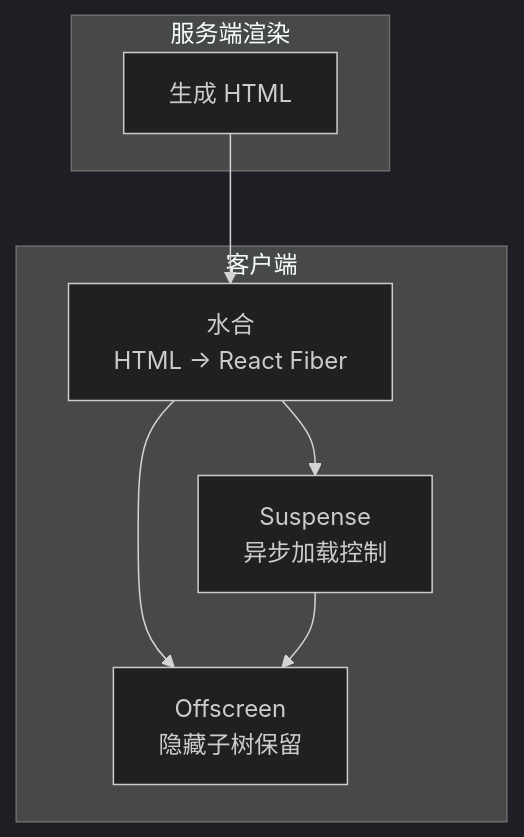
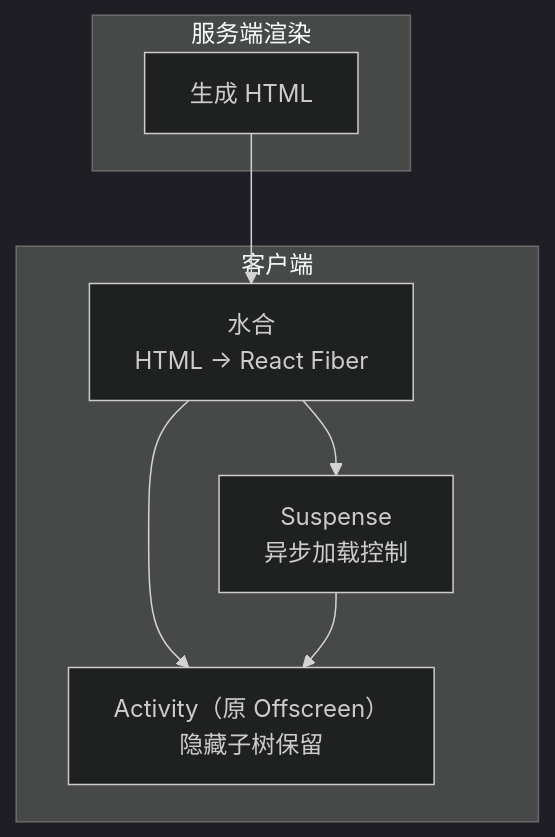
The second of 2 diagrams in apps/docs/frameworks/react/advanced/core-design/suspenseOffscreenHydration.md (sentibeitaokong/CoreFront-EndConcepts), drawn with Mermaid (dark theme) before and after one commit. The commit also changed other lines of this file and 15 other files, not shown here.

````diff
--- a/apps/docs/frameworks/react/advanced/core-design/suspenseOffscreenHydration.md
+++ b/apps/docs/frameworks/react/advanced/core-design/suspenseOffscreenHydration.md
@@ -283,17 +289,17 @@
 ```mermaid
 flowchart TD
     subgraph SSR[服务端渲染]
         HTML[生成 HTML]
     end
 
     subgraph Client[客户端]
         Hydration[水合<br/>HTML → React Fiber]
         Suspense[Suspense<br/>异步加载控制]
-        Offscreen[Offscreen<br/>隐藏子树保留]
+        Activity[Activity（原 Offscreen）<br/>隐藏子树保留]
     end
 
     HTML --> Hydration
     Hydration --> Suspense
-    Hydration --> Offscreen
-    Suspense --> Offscreen
+    Hydration --> Activity
+    Suspense --> Activity
 ```
````
